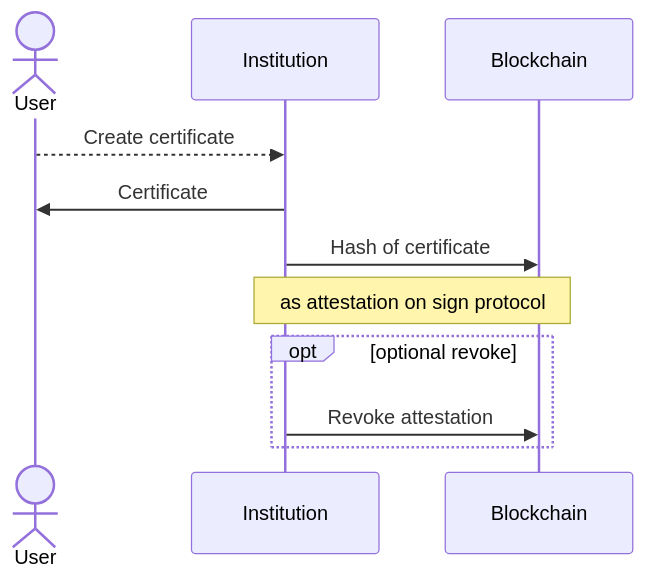
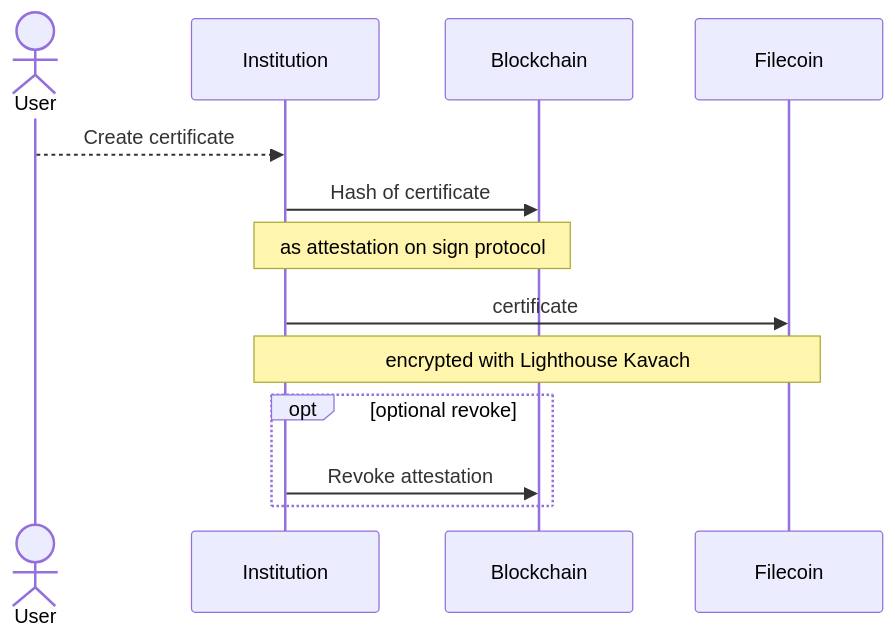
Before and after one commit to Bluegales/certificates: the first of 5 diagrams in README.md, drawn with Mermaid. The commit also changed other lines of this file, not shown here.

````diff
--- a/README.md
+++ b/README.md
@@ -29,13 +39,15 @@
 ```mermaid
 sequenceDiagram
     actor User
     participant Institution
     participant Blockchain
+    participant Filecoin
     User-->>Institution: Create certificate
-    Institution->>User: Certificate
     Institution->>Blockchain: Hash of certificate
     Note over Institution,Blockchain: as attestation on sign protocol
+    Institution->>Filecoin: certificate
+    Note over Institution,Filecoin: encrypted with Lighthouse Kavach 
     opt optional revoke
         Institution->>Blockchain: Revoke attestation
     end
 ```
````
